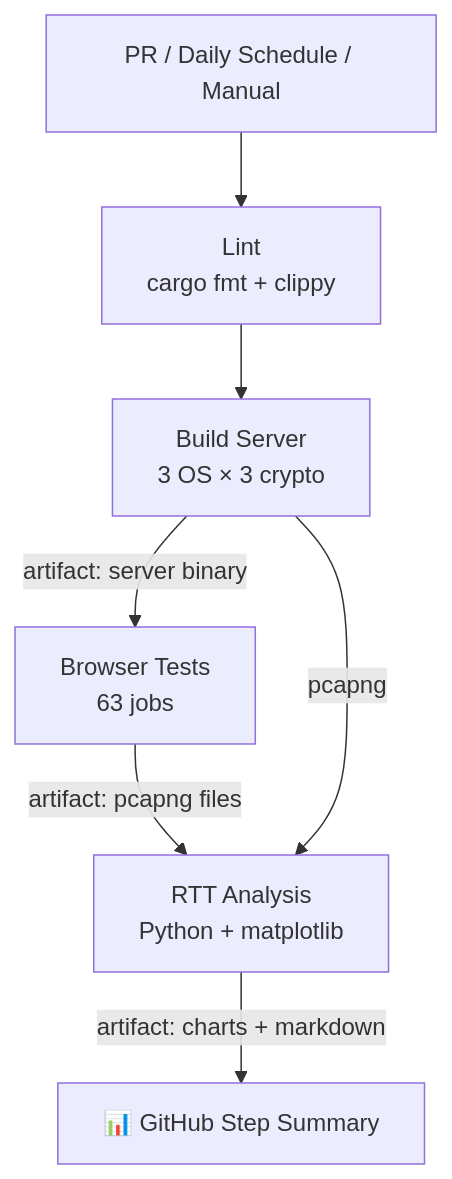
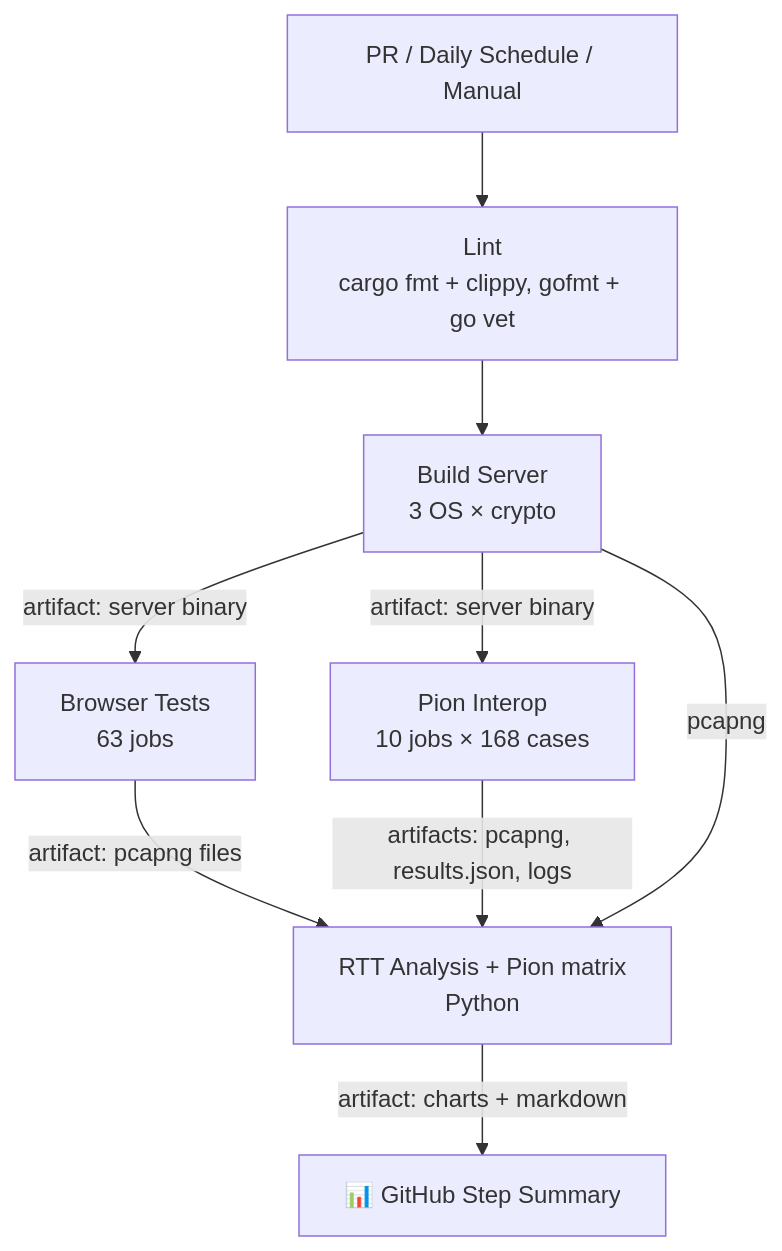
The tenth of 10 diagrams in README.md (xnorpx/str0m_browser_integration_tests), drawn with Mermaid before and after one commit. The commit also changed other lines of this file and 26 other files, not shown here.

````diff
--- a/README.md
+++ b/README.md
@@ -388,16 +486,20 @@
 ```mermaid
 flowchart TD
     trigger["PR / Daily Schedule / Manual"] --> lint
-    lint["Lint<br/>cargo fmt + clippy"] --> build
+    lint["Lint<br/>cargo fmt + clippy, gofmt + go vet"] --> build
 
-    build["Build Server<br/>3 OS × 3 crypto"]
+    build["Build Server<br/>3 OS × crypto"]
     build --> |artifact: server binary| test
+    build --> |artifact: server binary| pion
 
     test["Browser Tests<br/>63 jobs"]
     test --> |artifact: pcapng files| analyze
 
-    analyze["RTT Analysis<br/>Python + matplotlib"]
+    pion["Pion Interop<br/>10 jobs × 168 cases"]
+    pion --> |artifacts: pcapng, results.json, logs| analyze
+
+    analyze["RTT Analysis + Pion matrix<br/>Python"]
     analyze --> |artifact: charts + markdown| report["📊 GitHub Step Summary"]
 
     build --> |pcapng| analyze
 ```
````
